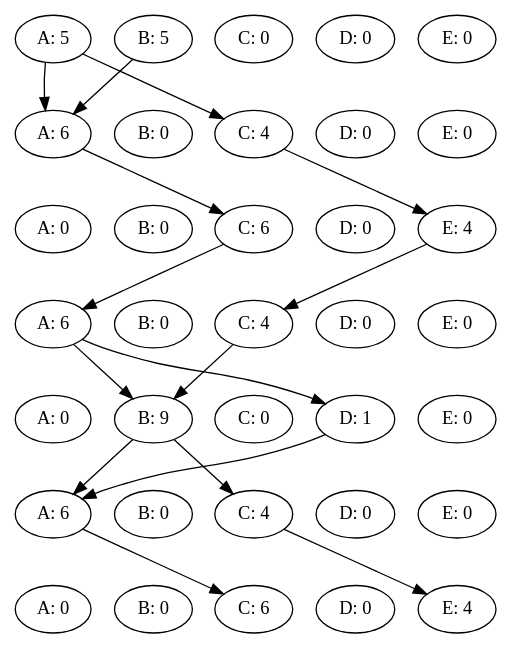
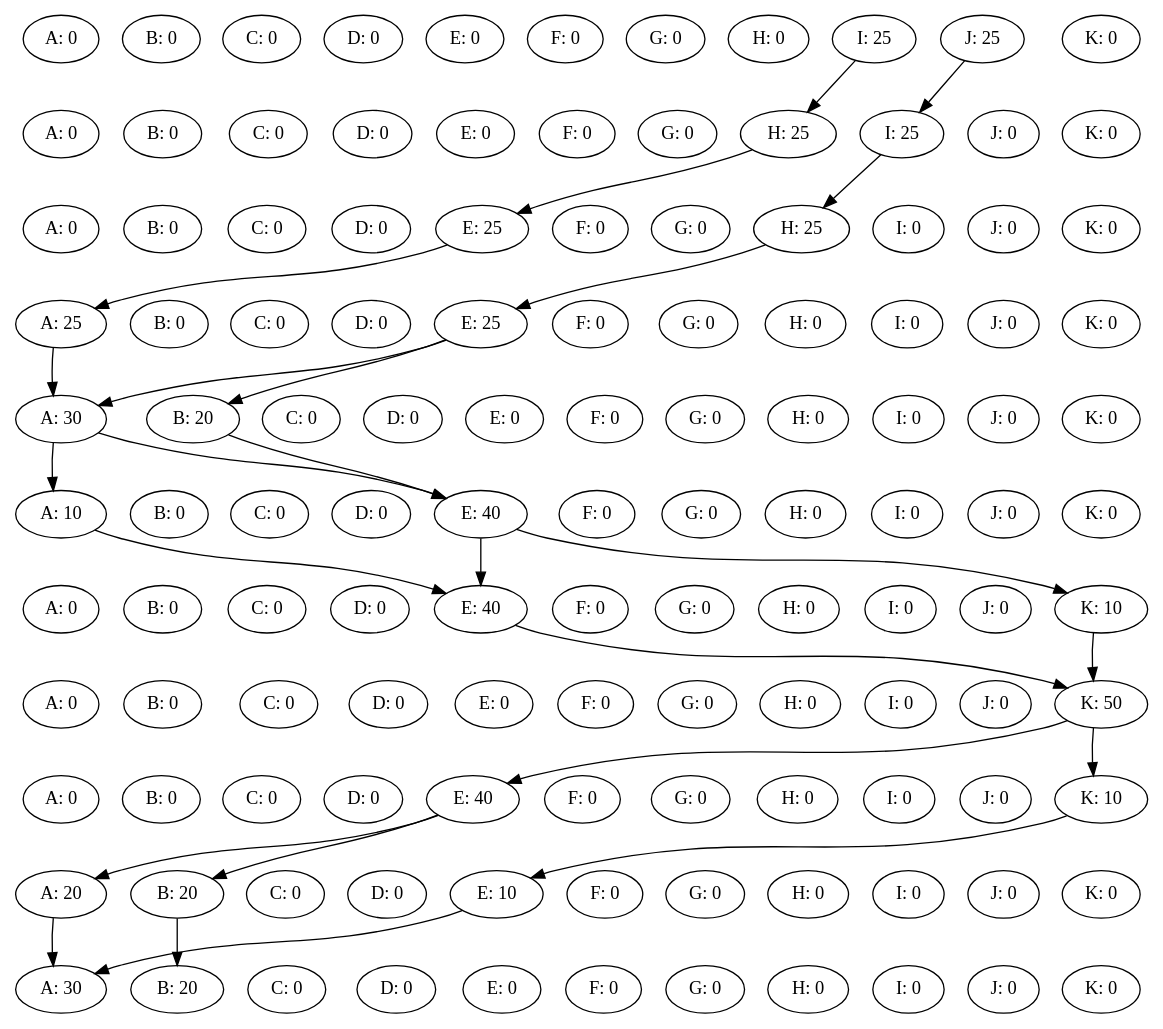
The diagram in Patched.dot (TieneSabor/slugs_swarmPlanner), drawn with Graphviz before and after one commit. The commit also changed 22 other files, not shown here.

```diff
--- a/Patched.dot
+++ b/Patched.dot
@@ -1,54 +1,150 @@
 digraph {
-A0 [label="A: 5"];
-B0 [label="B: 5"];
+A0 [label="A: 0"];
+B0 [label="B: 0"];
 C0 [label="C: 0"];
 D0 [label="D: 0"];
 E0 [label="E: 0"];
-rank = same {A0 -> B0 -> C0 -> D0 -> E0 [style=invis] }A1 [label="A: 6"];
+F0 [label="F: 0"];
+G0 [label="G: 0"];
+H0 [label="H: 0"];
+I0 [label="I: 25"];
+J0 [label="J: 25"];
+K0 [label="K: 0"];
+rank = same {A0 -> B0 -> C0 -> D0 -> E0 -> F0 -> G0 -> H0 -> I0 -> J0 -> K0 [style=invis] }A1 [label="A: 0"];
 B1 [label="B: 0"];
-C1 [label="C: 4"];
+C1 [label="C: 0"];
 D1 [label="D: 0"];
 E1 [label="E: 0"];
-rank = same {A1 -> B1 -> C1 -> D1 -> E1 [style=invis] }A0 -> A1
-A0 -> C1
-B0 -> A1
+F1 [label="F: 0"];
+G1 [label="G: 0"];
+H1 [label="H: 25"];
+I1 [label="I: 25"];
+J1 [label="J: 0"];
+K1 [label="K: 0"];
+rank = same {A1 -> B1 -> C1 -> D1 -> E1 -> F1 -> G1 -> H1 -> I1 -> J1 -> K1 [style=invis] }I0 -> H1
+J0 -> I1
 A2 [label="A: 0"];
 B2 [label="B: 0"];
-C2 [label="C: 6"];
+C2 [label="C: 0"];
 D2 [label="D: 0"];
-E2 [label="E: 4"];
-rank = same {A2 -> B2 -> C2 -> D2 -> E2 [style=invis] }A1 -> C2
-C1 -> E2
-A3 [label="A: 6"];
+E2 [label="E: 25"];
+F2 [label="F: 0"];
+G2 [label="G: 0"];
+H2 [label="H: 25"];
+I2 [label="I: 0"];
+J2 [label="J: 0"];
+K2 [label="K: 0"];
+rank = same {A2 -> B2 -> C2 -> D2 -> E2 -> F2 -> G2 -> H2 -> I2 -> J2 -> K2 [style=invis] }H1 -> E2
+I1 -> H2
+A3 [label="A: 25"];
 B3 [label="B: 0"];
-C3 [label="C: 4"];
+C3 [label="C: 0"];
 D3 [label="D: 0"];
-E3 [label="E: 0"];
-rank = same {A3 -> B3 -> C3 -> D3 -> E3 [style=invis] }C2 -> A3
-E2 -> C3
-A4 [label="A: 0"];
-B4 [label="B: 9"];
+E3 [label="E: 25"];
+F3 [label="F: 0"];
+G3 [label="G: 0"];
+H3 [label="H: 0"];
+I3 [label="I: 0"];
+J3 [label="J: 0"];
+K3 [label="K: 0"];
+rank = same {A3 -> B3 -> C3 -> D3 -> E3 -> F3 -> G3 -> H3 -> I3 -> J3 -> K3 [style=invis] }E2 -> A3
+H2 -> E3
+A4 [label="A: 30"];
+B4 [label="B: 20"];
 C4 [label="C: 0"];
-D4 [label="D: 1"];
+D4 [label="D: 0"];
 E4 [label="E: 0"];
-rank = same {A4 -> B4 -> C4 -> D4 -> E4 [style=invis] }A3 -> B4
-A3 -> D4
-C3 -> B4
-A5 [label="A: 6"];
+F4 [label="F: 0"];
+G4 [label="G: 0"];
+H4 [label="H: 0"];
+I4 [label="I: 0"];
+J4 [label="J: 0"];
+K4 [label="K: 0"];
+rank = same {A4 -> B4 -> C4 -> D4 -> E4 -> F4 -> G4 -> H4 -> I4 -> J4 -> K4 [style=invis] }A3 -> A4
+E3 -> A4
+E3 -> B4
+A5 [label="A: 10"];
 B5 [label="B: 0"];
-C5 [label="C: 4"];
+C5 [label="C: 0"];
 D5 [label="D: 0"];
-E5 [label="E: 0"];
-rank = same {A5 -> B5 -> C5 -> D5 -> E5 [style=invis] }B4 -> A5
-B4 -> C5
-D4 -> A5
+E5 [label="E: 40"];
+F5 [label="F: 0"];
+G5 [label="G: 0"];
+H5 [label="H: 0"];
+I5 [label="I: 0"];
+J5 [label="J: 0"];
+K5 [label="K: 0"];
+rank = same {A5 -> B5 -> C5 -> D5 -> E5 -> F5 -> G5 -> H5 -> I5 -> J5 -> K5 [style=invis] }A4 -> A5
+A4 -> E5
+B4 -> E5
 A6 [label="A: 0"];
 B6 [label="B: 0"];
-C6 [label="C: 6"];
+C6 [label="C: 0"];
 D6 [label="D: 0"];
-E6 [label="E: 4"];
-rank = same {A6 -> B6 -> C6 -> D6 -> E6 [style=invis] }A5 -> C6
-C5 -> E6
-A0 -> A1 -> A2 -> A3 -> A4 -> A5 -> A6 [ style=invis; weight=1000 ]
-E0 -> E1 -> E2 -> E3 -> E4 -> E5 -> E6 [ style=invis; weight=1000 ]
+E6 [label="E: 40"];
+F6 [label="F: 0"];
+G6 [label="G: 0"];
+H6 [label="H: 0"];
+I6 [label="I: 0"];
+J6 [label="J: 0"];
+K6 [label="K: 10"];
+rank = same {A6 -> B6 -> C6 -> D6 -> E6 -> F6 -> G6 -> H6 -> I6 -> J6 -> K6 [style=invis] }A5 -> E6
+E5 -> E6
+E5 -> K6
+A7 [label="A: 0"];
+B7 [label="B: 0"];
+C7 [label="C: 0"];
+D7 [label="D: 0"];
+E7 [label="E: 0"];
+F7 [label="F: 0"];
+G7 [label="G: 0"];
+H7 [label="H: 0"];
+I7 [label="I: 0"];
+J7 [label="J: 0"];
+K7 [label="K: 50"];
+rank = same {A7 -> B7 -> C7 -> D7 -> E7 -> F7 -> G7 -> H7 -> I7 -> J7 -> K7 [style=invis] }E6 -> K7
+K6 -> K7
+A8 [label="A: 0"];
+B8 [label="B: 0"];
+C8 [label="C: 0"];
+D8 [label="D: 0"];
+E8 [label="E: 40"];
+F8 [label="F: 0"];
+G8 [label="G: 0"];
+H8 [label="H: 0"];
+I8 [label="I: 0"];
+J8 [label="J: 0"];
+K8 [label="K: 10"];
+rank = same {A8 -> B8 -> C8 -> D8 -> E8 -> F8 -> G8 -> H8 -> I8 -> J8 -> K8 [style=invis] }K7 -> E8
+K7 -> K8
+A9 [label="A: 20"];
+B9 [label="B: 20"];
+C9 [label="C: 0"];
+D9 [label="D: 0"];
+E9 [label="E: 10"];
+F9 [label="F: 0"];
+G9 [label="G: 0"];
+H9 [label="H: 0"];
+I9 [label="I: 0"];
+J9 [label="J: 0"];
+K9 [label="K: 0"];
+rank = same {A9 -> B9 -> C9 -> D9 -> E9 -> F9 -> G9 -> H9 -> I9 -> J9 -> K9 [style=invis] }E8 -> A9
+E8 -> B9
+K8 -> E9
+A10 [label="A: 30"];
+B10 [label="B: 20"];
+C10 [label="C: 0"];
+D10 [label="D: 0"];
+E10 [label="E: 0"];
+F10 [label="F: 0"];
+G10 [label="G: 0"];
+H10 [label="H: 0"];
+I10 [label="I: 0"];
+J10 [label="J: 0"];
+K10 [label="K: 0"];
+rank = same {A10 -> B10 -> C10 -> D10 -> E10 -> F10 -> G10 -> H10 -> I10 -> J10 -> K10 [style=invis] }A9 -> A10
+B9 -> B10
+E9 -> A10
+A0 -> A1 -> A2 -> A3 -> A4 -> A5 -> A6 -> A7 -> A8 -> A9 -> A10 [ style=invis; weight=1000 ]
+K0 -> K1 -> K2 -> K3 -> K4 -> K5 -> K6 -> K7 -> K8 -> K9 -> K10 [ style=invis; weight=1000 ]
 }
```
